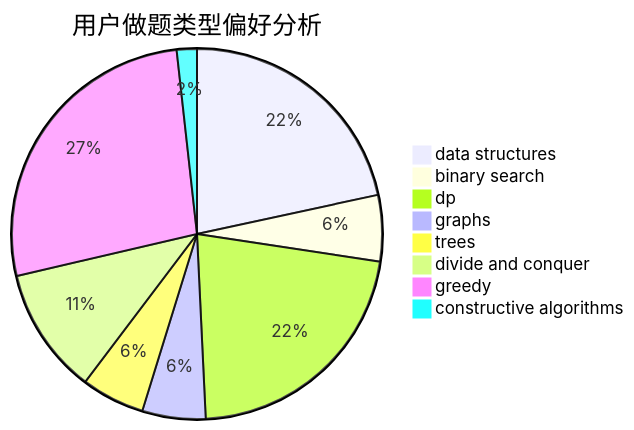
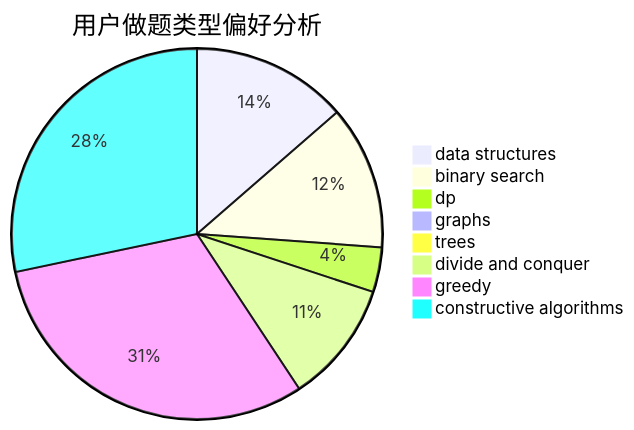
Before and after one commit to sherpahu/cfrs.github.io: the second of 3 diagrams in docs/user/u472.md, drawn with Mermaid. The commit also changed other lines of this file and 2770 other files, not shown here.

````diff
--- a/docs/user/u472.md
+++ b/docs/user/u472.md
@@ -23,11 +23,11 @@
 ```mermaid
 pie title 用户做题类型偏好分析
-    "data structures" :  86
-    "binary search" :  23
-    "dp" :  87
-    "graphs" :  22
-    "trees" :  22
-    "divide and conquer" :  44
-    "greedy" :  107
-    "constructive algorithms" :  7
+    "data structures" :  115
+    "binary search" :  106
+    "dp" :  33
+    "graphs" :  0
+    "trees" :  4
+    "divide and conquer" :  90
+    "greedy" :  262
+    "constructive algorithms" :  239
 ```
````
